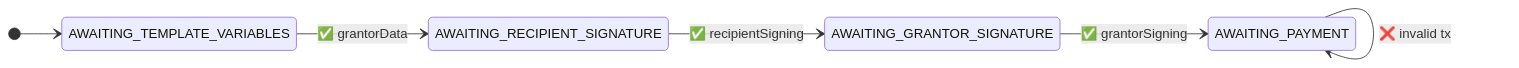
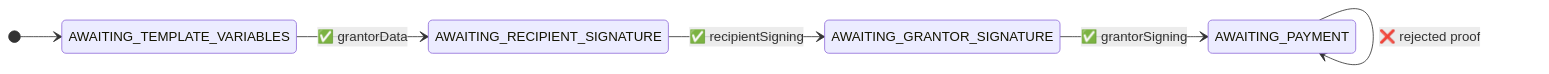
One commit to CNSLabs/agreements-protocol-evm changed the fourth of 4 diagrams in agreements/grant-simple/grant-simple.md. Above: the diagram before and after it, drawn with Mermaid. The commit also changed other lines of this file and 8 other files, not shown here.

````diff
--- a/agreements/grant-simple/grant-simple.md
+++ b/agreements/grant-simple/grant-simple.md
@@ -65,9 +67,9 @@
 ```mermaid
 stateDiagram-v2
     direction LR
     [*] --> AWAITING_TEMPLATE_VARIABLES
     AWAITING_TEMPLATE_VARIABLES --> AWAITING_RECIPIENT_SIGNATURE: ✅ grantorData
     AWAITING_RECIPIENT_SIGNATURE --> AWAITING_GRANTOR_SIGNATURE: ✅ recipientSigning
     AWAITING_GRANTOR_SIGNATURE --> AWAITING_PAYMENT: ✅ grantorSigning
-    AWAITING_PAYMENT --> AWAITING_PAYMENT: ❌ invalid tx
+    AWAITING_PAYMENT --> AWAITING_PAYMENT: ❌ rejected proof
 ```
````
